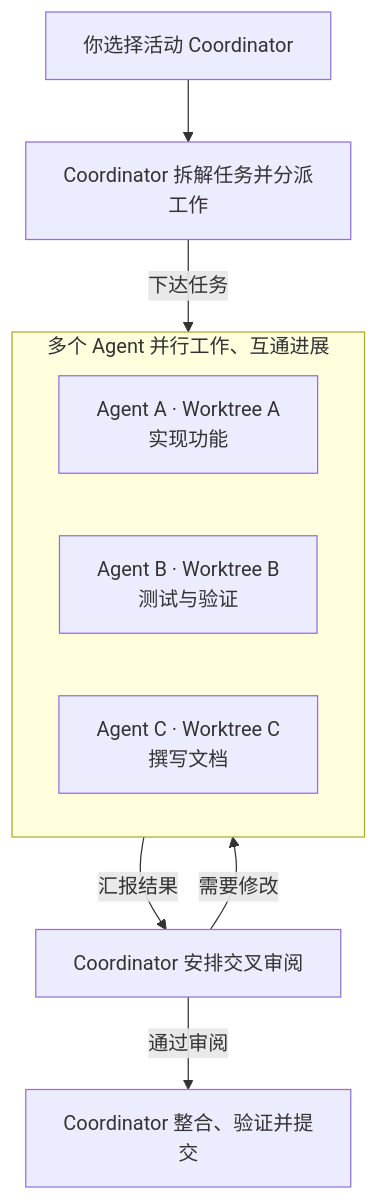
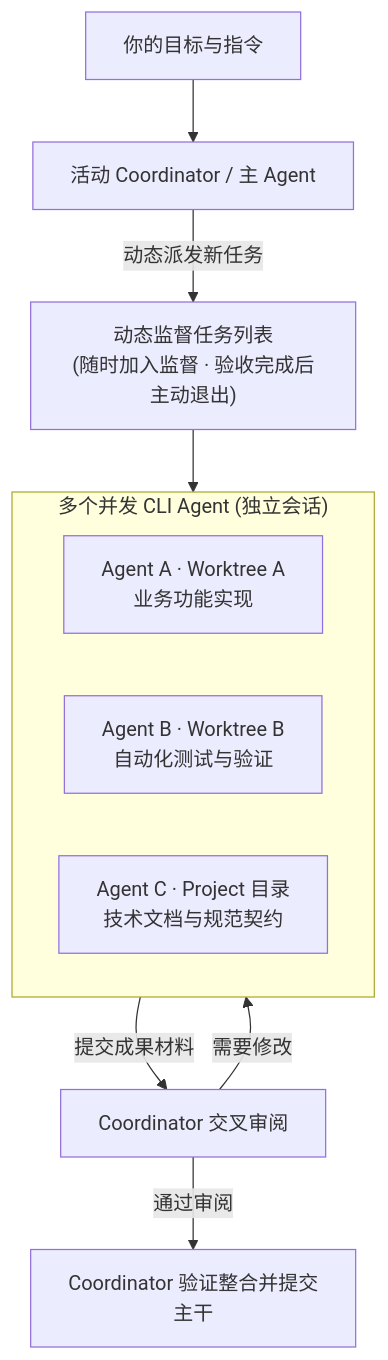
Before and after one commit to OthinusG/warpai: the diagram in README.zh-CN.md, drawn with Mermaid. The commit also changed other lines of this file and 2 other files, not shown here.

````diff
--- a/README.zh-CN.md
+++ b/README.zh-CN.md
@@ -55,14 +56,15 @@
 ```mermaid
 flowchart TB
-    Goal["你选择活动 Coordinator"] --> Lead["Coordinator 拆解任务并分派工作"]
-    Lead -->|下达任务| Team
-    subgraph Team["多个 Agent 并行工作、互通进展"]
+    Goal["你的目标与指令"] --> Coordinator["活动 Coordinator / 主 Agent"]
+    Coordinator -->|动态派发新任务| TaskPool["动态监督任务列表<br/>(随时加入监督 · 验收完成后主动退出)"]
+    TaskPool --> Team
+    subgraph Team["多个并发 CLI Agent (独立会话)"]
         direction LR
-        Build["Agent A · Worktree A<br/>实现功能"]
-        Test["Agent B · Worktree B<br/>测试与验证"]
-        Docs["Agent C · Worktree C<br/>撰写文档"]
+        AgentA["Agent A · Worktree A<br/>业务功能实现"]
+        AgentB["Agent B · Worktree B<br/>自动化测试与验证"]
+        AgentC["Agent C · Project 目录<br/>技术文档与规范契约"]
     end
-    Team -->|汇报结果| Review["Coordinator 安排交叉审阅"]
+    Team -->|提交成果材料| Review["Coordinator 交叉审阅"]
     Review -->|需要修改| Team
-    Review -->|通过审阅| Delivery["Coordinator 整合、验证并提交"]
+    Review -->|通过审阅| Delivery["Coordinator 验证整合并提交主干"]
 ```
````
